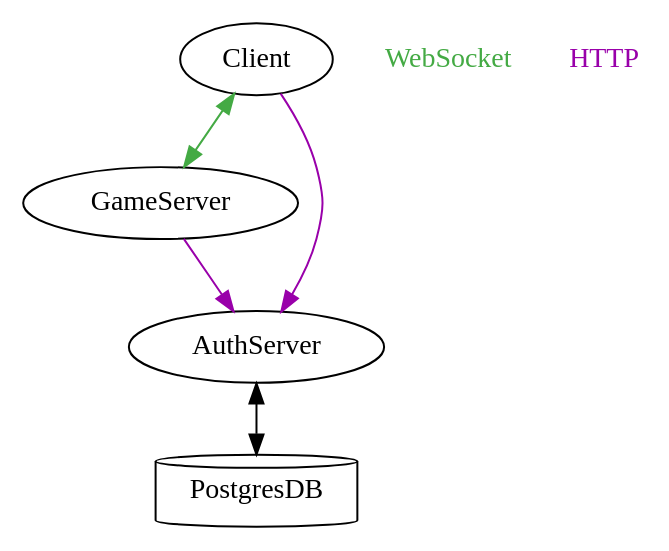
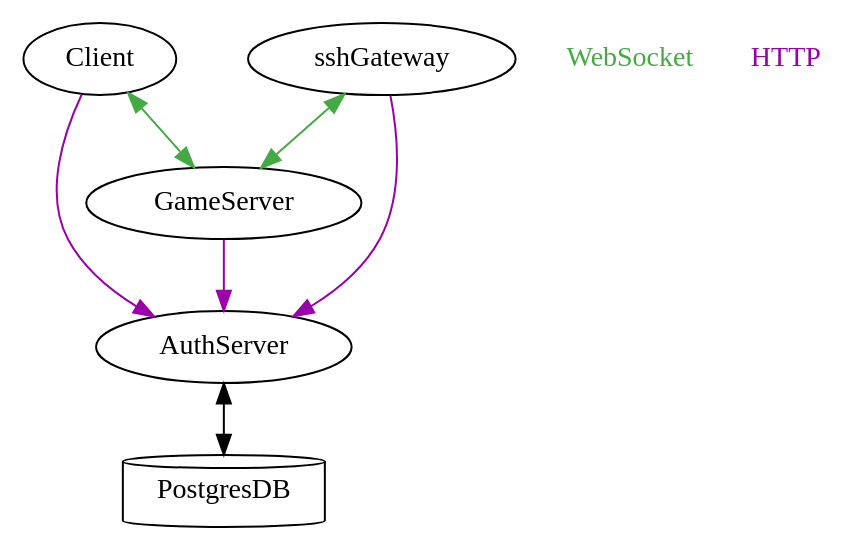
Before and after one commit to cgsdev0/rollycubes: the diagram in system.dot, drawn with Graphviz.

```diff
--- a/system.dot
+++ b/system.dot
@@ -1,9 +1,11 @@
 digraph {
   GameServer -> AuthServer [color="#9900aa"]
   Client -> GameServer [dir="both", color="#44aa44"] 
   Client -> AuthServer [color="#9900aa"]
   PostgresDB [shape="cylinder"]
   AuthServer -> PostgresDB [dir="both"]
   WebSocket [fontcolor="#44aa44", shape=plain]
   HTTP [fontcolor="#9900aa", shape=plain]
+  sshGateway -> GameServer [dir="both", color="#44aa44"]
+  sshGateway -> AuthServer [color="#9900aa"]
 }
```
